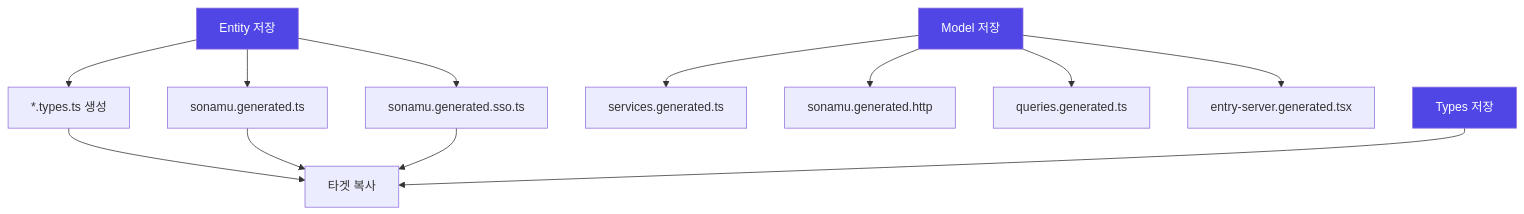
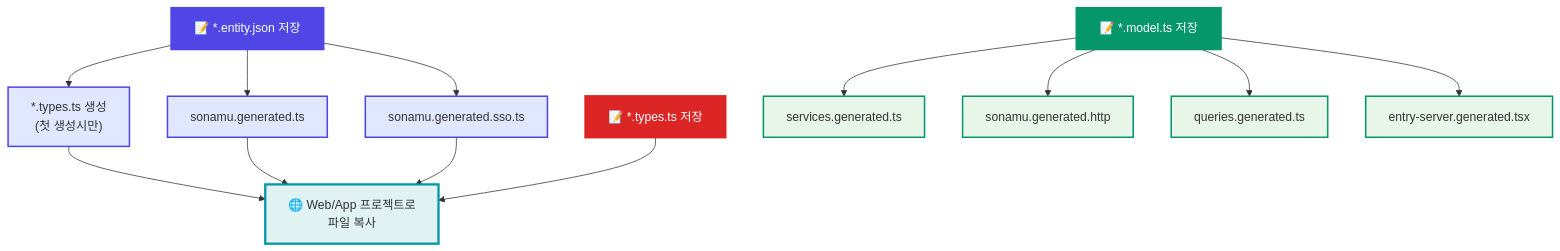
One commit to cartanova-ai/sonamu changed the diagram in modules/docs/ko/core-concepts/auto-generation/when-files-regenerate.mdx. Above: the diagram before and after it, drawn with Mermaid. The commit also changed 95 other files, not shown here.

````diff
--- a/modules/docs/ko/core-concepts/auto-generation/when-files-regenerate.mdx
+++ b/modules/docs/ko/core-concepts/auto-generation/when-files-regenerate.mdx
@@ -10,21 +10,35 @@
 ```mermaid
 flowchart TD
-    A[Entity 저장] --> B[*.types.ts 생성]
-    A --> C[sonamu.generated.ts]
-    A --> D[sonamu.generated.sso.ts]
-    
-    E[Model 저장] --> F[services.generated.ts]
-    E --> G[sonamu.generated.http]
-    E --> H[queries.generated.ts]
-    E --> I[entry-server.generated.tsx]
-    
-    J[Types 저장] --> K[타겟 복사]
-    
-    C --> K
-    D --> K
-    B --> K
-    
-    style A fill:#4f46e5,color:#fff
-    style E fill:#4f46e5,color:#fff
-    style J fill:#4f46e5,color:#fff
+    A["📝 *.entity.json 저장"]
+    E["📝 *.model.ts 저장"]
+    J["📝 *.types.ts 저장"]
+
+    A --> A1["*.types.ts 생성<br/>(첫 생성시만)"]
+    A --> A2[sonamu.generated.ts]
+    A --> A3[sonamu.generated.sso.ts]
+
+    E --> E1[services.generated.ts]
+    E --> E2[sonamu.generated.http]
+    E --> E3[queries.generated.ts]
+    E --> E4[entry-server.generated.tsx]
+
+    A1 --> W["🌐 Web/App 프로젝트로<br/>파일 복사"]
+    A2 --> W
+    A3 --> W
+    J --> W
+
+    style A fill:#4f46e5,color:#fff,stroke:#4f46e5,stroke-width:3px
+    style E fill:#059669,color:#fff,stroke:#059669,stroke-width:3px
+    style J fill:#dc2626,color:#fff,stroke:#dc2626,stroke-width:3px
+
+    style A1 fill:#e0e7ff,stroke:#4f46e5,stroke-width:2px
+    style A2 fill:#e0e7ff,stroke:#4f46e5,stroke-width:2px
+    style A3 fill:#e0e7ff,stroke:#4f46e5,stroke-width:2px
+
+    style E1 fill:#e8f5e9,stroke:#059669,stroke-width:2px
+    style E2 fill:#e8f5e9,stroke:#059669,stroke-width:2px
+    style E3 fill:#e8f5e9,stroke:#059669,stroke-width:2px
+    style E4 fill:#e8f5e9,stroke:#059669,stroke-width:2px
+
+    style W fill:#e0f2f1,stroke:#0097a7,stroke-width:3px
 ```
````
